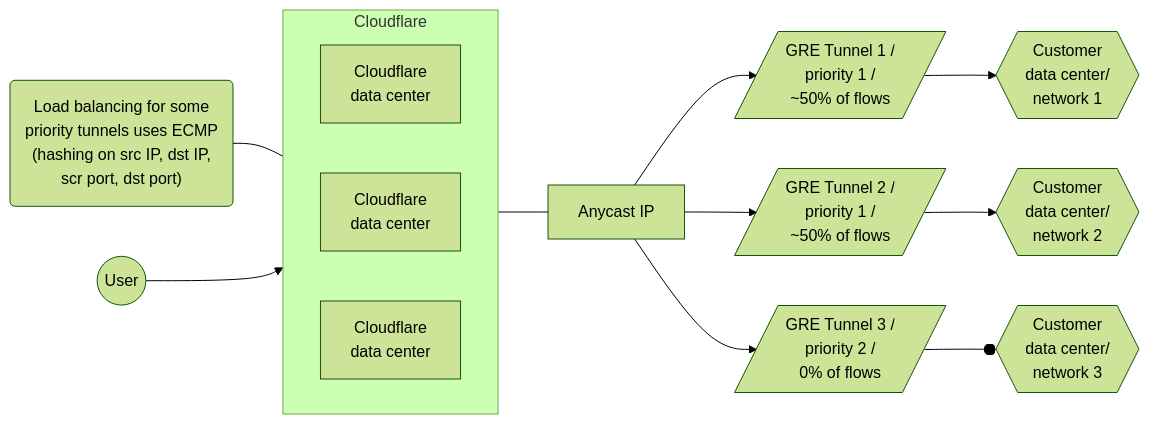
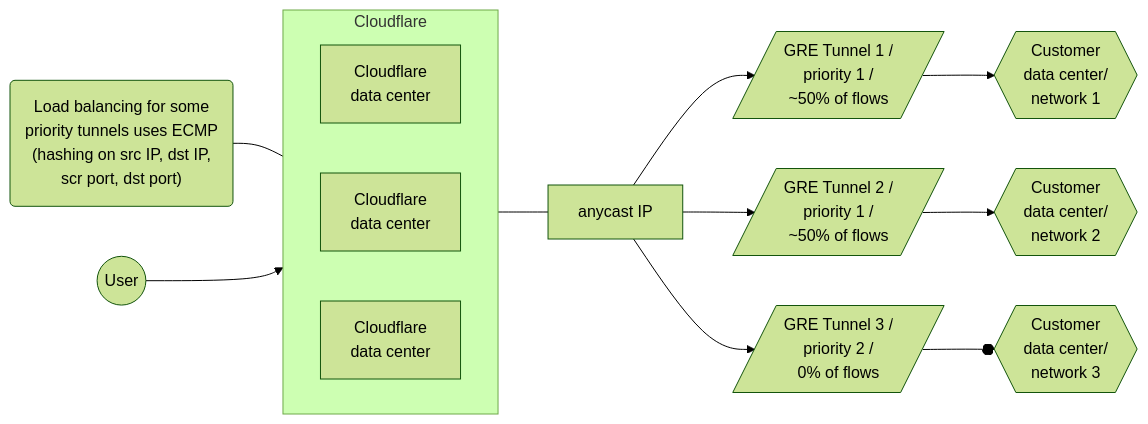
The second of 4 diagrams in content/magic-transit/_partials/_traffic-steering.md (cloudflare/cloudflare-docs), drawn with Mermaid (forest theme) before and after one commit. The commit also changed other lines of this file and 13 other files, not shown here.

````diff
--- a/content/magic-transit/_partials/_traffic-steering.md
+++ b/content/magic-transit/_partials/_traffic-steering.md
@@ -61,18 +61,18 @@
 ```mermaid
 flowchart LR
 accTitle: Tunnels diagram
 accDescr: This example has three tunnel routes, with traffic equally distributed across two paths.
 
 subgraph Cloudflare
 direction LR
 B[Cloudflare <br> data center]
 C[Cloudflare <br> data center]
 D[Cloudflare <br> data center]
 end
 
 Z("Load balancing for some <br> priority tunnels uses ECMP <br> (hashing on src IP, dst IP, <br> scr port, dst port)") --- Cloudflare
-A((User)) --> Cloudflare --- E[Anycast IP]
-E[Anycast IP] --> F[/"GRE Tunnel 1 / <br> priority 1 / <br> ~50% of flows"/] --> I{{Customer <br> data center/ <br> network 1}}
-E[Anycast IP] --> G[/"GRE Tunnel 2 / <br> priority 1 / <br> ~50% of flows"/] --> J{{Customer <br> data center/ <br> network 2}}
-E[Anycast IP] --> H[/GRE Tunnel 3 / <br> priority 2 / <br> 0% of flows/] --o K{{Customer <br> data center/ <br> network 3}}
+A((User)) --> Cloudflare --- E[anycast IP]
+E[anycast IP] --> F[/"GRE Tunnel 1 / <br> priority 1 / <br> ~50% of flows"/] --> I{{Customer <br> data center/ <br> network 1}}
+E[anycast IP] --> G[/"GRE Tunnel 2 / <br> priority 1 / <br> ~50% of flows"/] --> J{{Customer <br> data center/ <br> network 2}}
+E[anycast IP] --> H[/GRE Tunnel 3 / <br> priority 2 / <br> 0% of flows/] --o K{{Customer <br> data center/ <br> network 3}}
 ```
````
